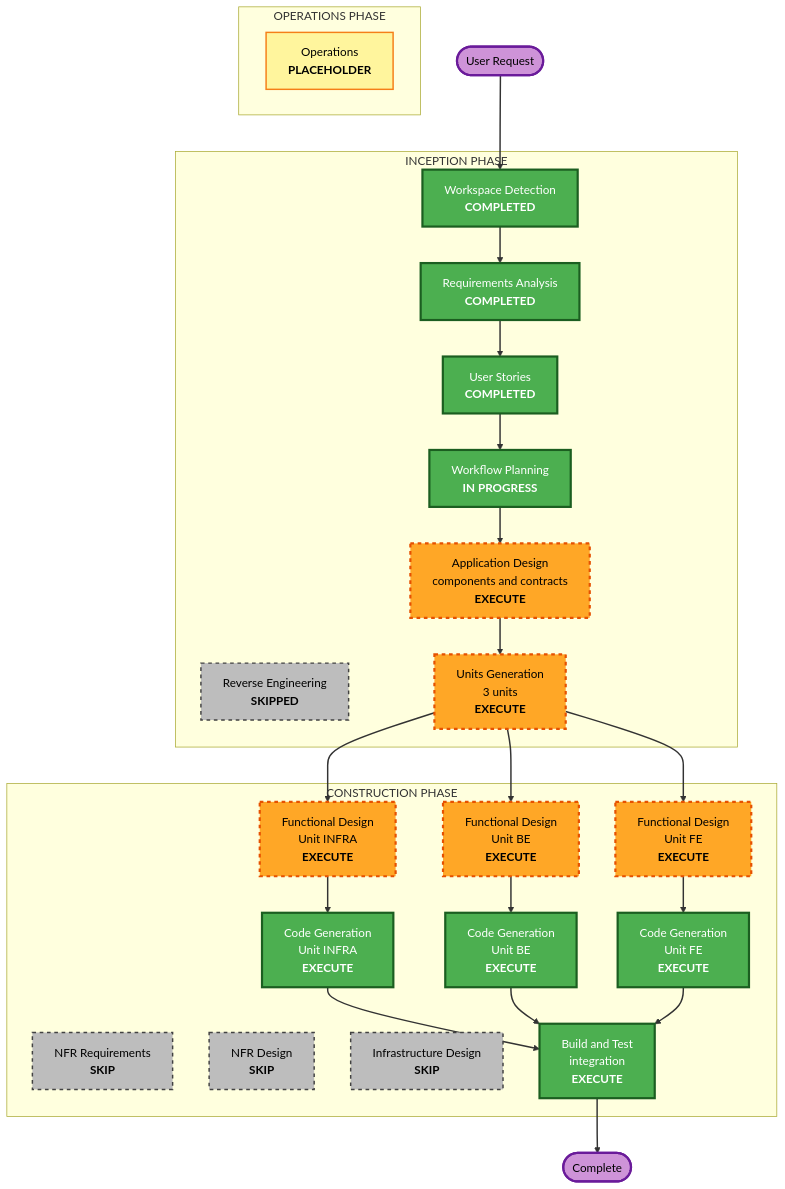
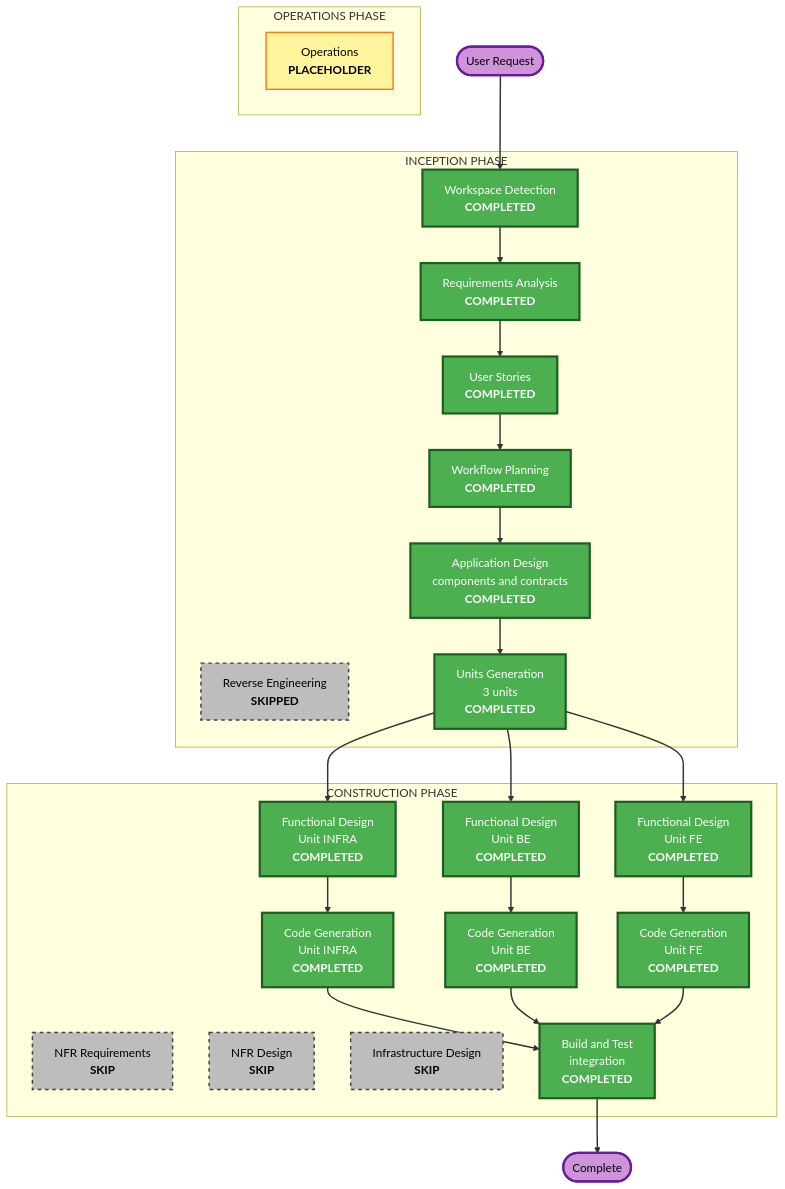
One commit to MD-team-project/2026-prompthon-WDC changed the diagram in aidlc-docs/inception/plans/execution-plan.md. Above: the diagram before and after it, drawn with Mermaid. The commit also changed other lines of this file and 20 other files, not shown here.

````diff
--- a/aidlc-docs/inception/plans/execution-plan.md
+++ b/aidlc-docs/inception/plans/execution-plan.md
@@ -78,71 +79,71 @@
 ```mermaid
 flowchart TD
     Start(["User Request"])
 
     subgraph INCEPTION["INCEPTION PHASE"]
         WD["Workspace Detection<br/><b>COMPLETED</b>"]
         RE["Reverse Engineering<br/><b>SKIPPED</b>"]
         RA["Requirements Analysis<br/><b>COMPLETED</b>"]
         US["User Stories<br/><b>COMPLETED</b>"]
-        WP["Workflow Planning<br/><b>IN PROGRESS</b>"]
-        AD["Application Design<br/>components and contracts<br/><b>EXECUTE</b>"]
-        UG["Units Generation<br/>3 units<br/><b>EXECUTE</b>"]
+        WP["Workflow Planning<br/><b>COMPLETED</b>"]
+        AD["Application Design<br/>components and contracts<br/><b>COMPLETED</b>"]
+        UG["Units Generation<br/>3 units<br/><b>COMPLETED</b>"]
     end
 
     subgraph CONSTRUCTION["CONSTRUCTION PHASE"]
-        FDI["Functional Design<br/>Unit INFRA<br/><b>EXECUTE</b>"]
-        FDB["Functional Design<br/>Unit BE<br/><b>EXECUTE</b>"]
-        FDF["Functional Design<br/>Unit FE<br/><b>EXECUTE</b>"]
-        CGI["Code Generation<br/>Unit INFRA<br/><b>EXECUTE</b>"]
-        CGB["Code Generation<br/>Unit BE<br/><b>EXECUTE</b>"]
-        CGF["Code Generation<br/>Unit FE<br/><b>EXECUTE</b>"]
+        FDI["Functional Design<br/>Unit INFRA<br/><b>COMPLETED</b>"]
+        FDB["Functional Design<br/>Unit BE<br/><b>COMPLETED</b>"]
+        FDF["Functional Design<br/>Unit FE<br/><b>COMPLETED</b>"]
+        CGI["Code Generation<br/>Unit INFRA<br/><b>COMPLETED</b>"]
+        CGB["Code Generation<br/>Unit BE<br/><b>COMPLETED</b>"]
+        CGF["Code Generation<br/>Unit FE<br/><b>COMPLETED</b>"]
         NFRA["NFR Requirements<br/><b>SKIP</b>"]
         NFRD["NFR Design<br/><b>SKIP</b>"]
         ID["Infrastructure Design<br/><b>SKIP</b>"]
-        BT["Build and Test<br/>integration<br/><b>EXECUTE</b>"]
+        BT["Build and Test<br/>integration<br/><b>COMPLETED</b>"]
     end
 
     subgraph OPERATIONS["OPERATIONS PHASE"]
         OPS["Operations<br/><b>PLACEHOLDER</b>"]
     end
 
     Start --> WD
     WD --> RA
     RA --> US
     US --> WP
     WP --> AD
     AD --> UG
     UG --> FDI
     UG --> FDB
     UG --> FDF
     FDI --> CGI
     FDB --> CGB
     FDF --> CGF
     CGI --> BT
     CGB --> BT
     CGF --> BT
     BT --> Finish(["Complete"])
 
     style WD fill:#4CAF50,stroke:#1B5E20,stroke-width:3px,color:#fff
     style RA fill:#4CAF50,stroke:#1B5E20,stroke-width:3px,color:#fff
     style US fill:#4CAF50,stroke:#1B5E20,stroke-width:3px,color:#fff
     style WP fill:#4CAF50,stroke:#1B5E20,stroke-width:3px,color:#fff
     style BT fill:#4CAF50,stroke:#1B5E20,stroke-width:3px,color:#fff
-    style AD fill:#FFA726,stroke:#E65100,stroke-width:3px,stroke-dasharray: 5 5,color:#000
-    style UG fill:#FFA726,stroke:#E65100,stroke-width:3px,stroke-dasharray: 5 5,color:#000
-    style FDI fill:#FFA726,stroke:#E65100,stroke-width:3px,stroke-dasharray: 5 5,color:#000
-    style FDB fill:#FFA726,stroke:#E65100,stroke-width:3px,stroke-dasharray: 5 5,color:#000
-    style FDF fill:#FFA726,stroke:#E65100,stroke-width:3px,stroke-dasharray: 5 5,color:#000
+    style AD fill:#4CAF50,stroke:#1B5E20,stroke-width:3px,color:#fff
+    style UG fill:#4CAF50,stroke:#1B5E20,stroke-width:3px,color:#fff
+    style FDI fill:#4CAF50,stroke:#1B5E20,stroke-width:3px,color:#fff
+    style FDB fill:#4CAF50,stroke:#1B5E20,stroke-width:3px,color:#fff
+    style FDF fill:#4CAF50,stroke:#1B5E20,stroke-width:3px,color:#fff
     style CGI fill:#4CAF50,stroke:#1B5E20,stroke-width:3px,color:#fff
     style CGB fill:#4CAF50,stroke:#1B5E20,stroke-width:3px,color:#fff
     style CGF fill:#4CAF50,stroke:#1B5E20,stroke-width:3px,color:#fff
     style RE fill:#BDBDBD,stroke:#424242,stroke-width:2px,stroke-dasharray: 5 5,color:#000
     style NFRA fill:#BDBDBD,stroke:#424242,stroke-width:2px,stroke-dasharray: 5 5,color:#000
     style NFRD fill:#BDBDBD,stroke:#424242,stroke-width:2px,stroke-dasharray: 5 5,color:#000
     style ID fill:#BDBDBD,stroke:#424242,stroke-width:2px,stroke-dasharray: 5 5,color:#000
     style OPS fill:#FFF59D,stroke:#F57F17,stroke-width:2px,color:#000
     style Start fill:#CE93D8,stroke:#6A1B9A,stroke-width:3px,color:#000
     style Finish fill:#CE93D8,stroke:#6A1B9A,stroke-width:3px,color:#000
 
     linkStyle default stroke:#333,stroke-width:2px
 ```
````
